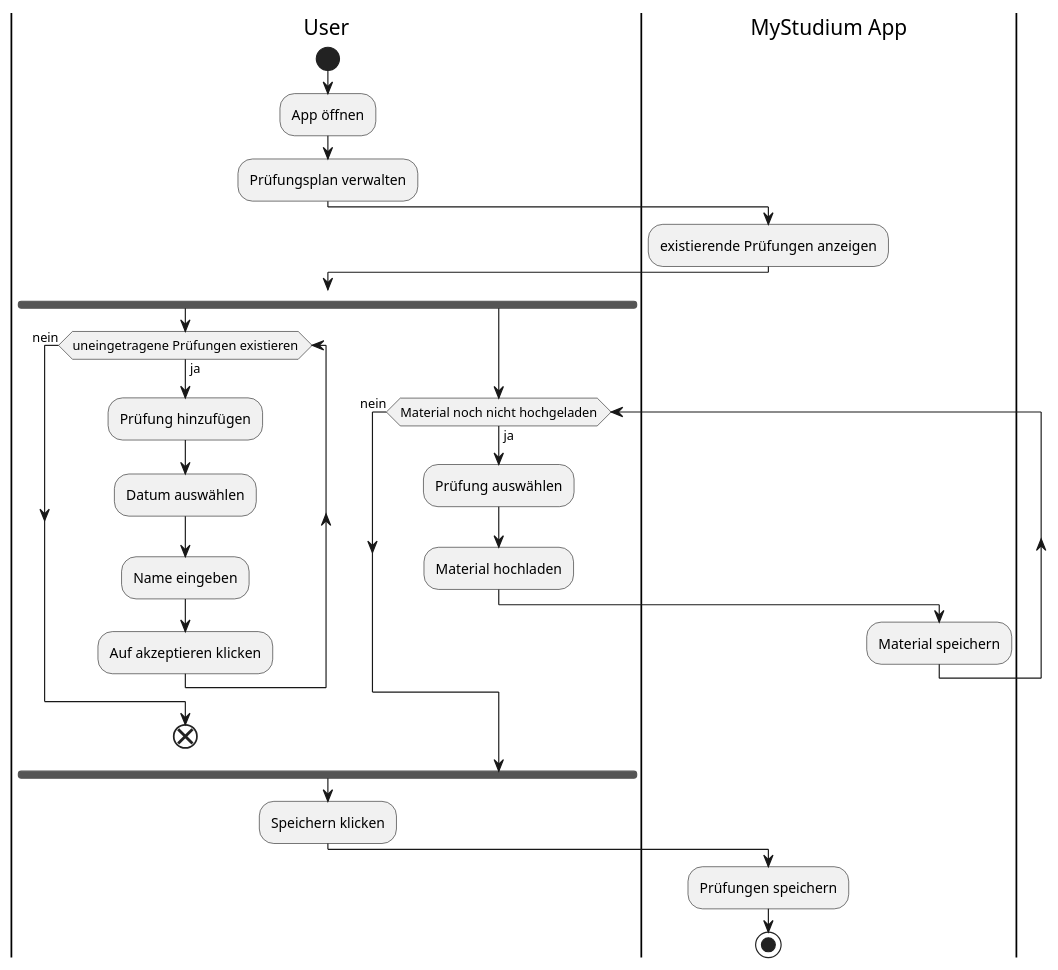
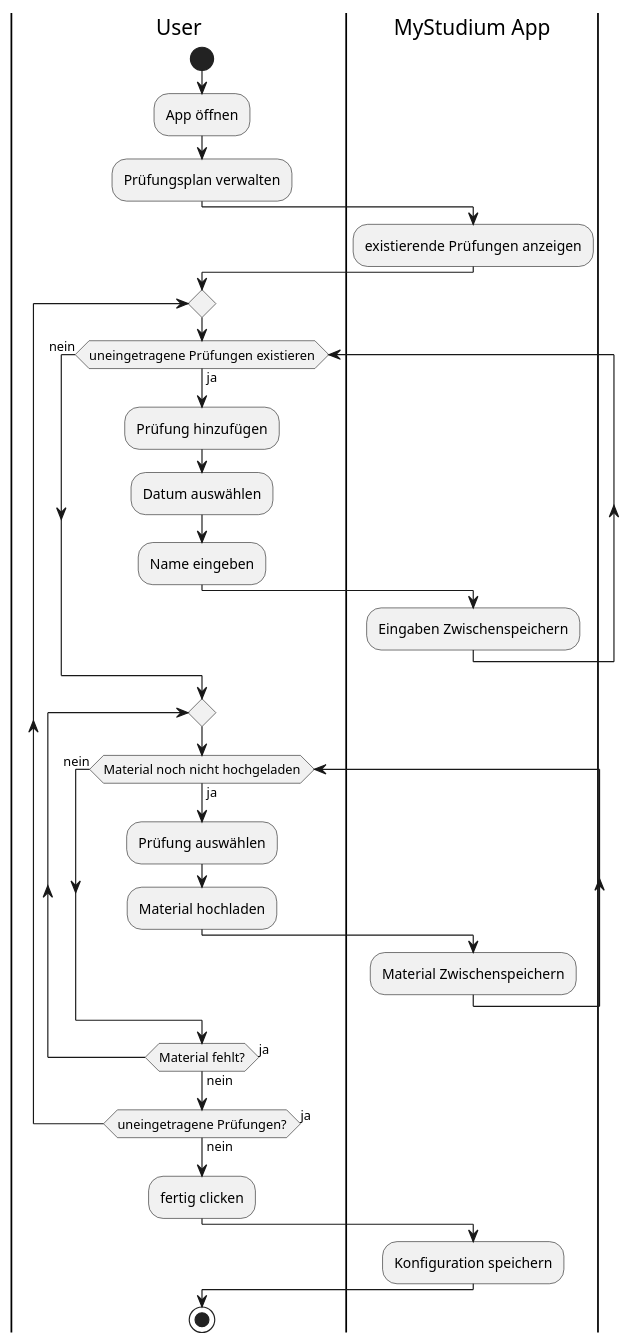
One commit to BjoernMalzacher/MyStudium_SWE_Labor changed the diagram in Prüfungen_planen_uml.puml. Above: the diagram before and after it, drawn with PlantUML. The commit also changed 8 other files, not shown here.

```diff
--- a/Prüfungen_planen_uml.puml
+++ b/Prüfungen_planen_uml.puml
@@ -1,45 +1,49 @@
 @startuml Prüfungen planen
 
 ' Only greyscale
 skinparam monochrome true
 ' Disable shadows
 skinparam shadowing false
 
 |User|
 start
 :App öffnen;
 :Prüfungsplan verwalten;
 |MyStudium App|
 :existierende Prüfungen anzeigen;    
+|User|
+label repeat
+repeat
 
+while(uneingetragene Prüfungen existieren) is (ja)
+    :Prüfung hinzufügen;
+    :Datum auswählen;
+    :Name eingeben;
+    |MyStudium App|
+    :Eingaben Zwischenspeichern;
+    |User|
+endwhile(nein)
+
+repeat
+
+while(Material noch nicht hochgeladen) is (ja)
+    :Prüfung auswählen; 
+    :Material hochladen;
+    |MyStudium App|
+    :Material Zwischenspeichern;
+    |User|
+endwhile(nein)
+
+repeat while (Material fehlt?) is (ja) not (nein)
+
+repeat while (uneingetragene Prüfungen?) is (ja) not (nein)
+
+:fertig clicken;
+|MyStudium App|
+:Konfiguration speichern;
 |User|
-goto eintragen
-fork
-    while(uneingetragene Prüfungen existieren) is (ja)
-        :Prüfung hinzufügen;
-        :Datum auswählen;
-        :Name eingeben;
-        :Auf akzeptieren klicken;
-    endwhile(nein)
-    end
-
-fork again
-    while(Material noch nicht hochgeladen) is (ja)
-        :Prüfung auswählen; 
-        :Material hochladen;
-        |MyStudium App|
-        :Material speichern;
-        |User|
-    endwhile(nein)
-end fork
-
-
-
-:Speichern klicken;
-|MyStudium App|
-:Prüfungen speichern;
 stop
 
 
 
 @enduml
```
